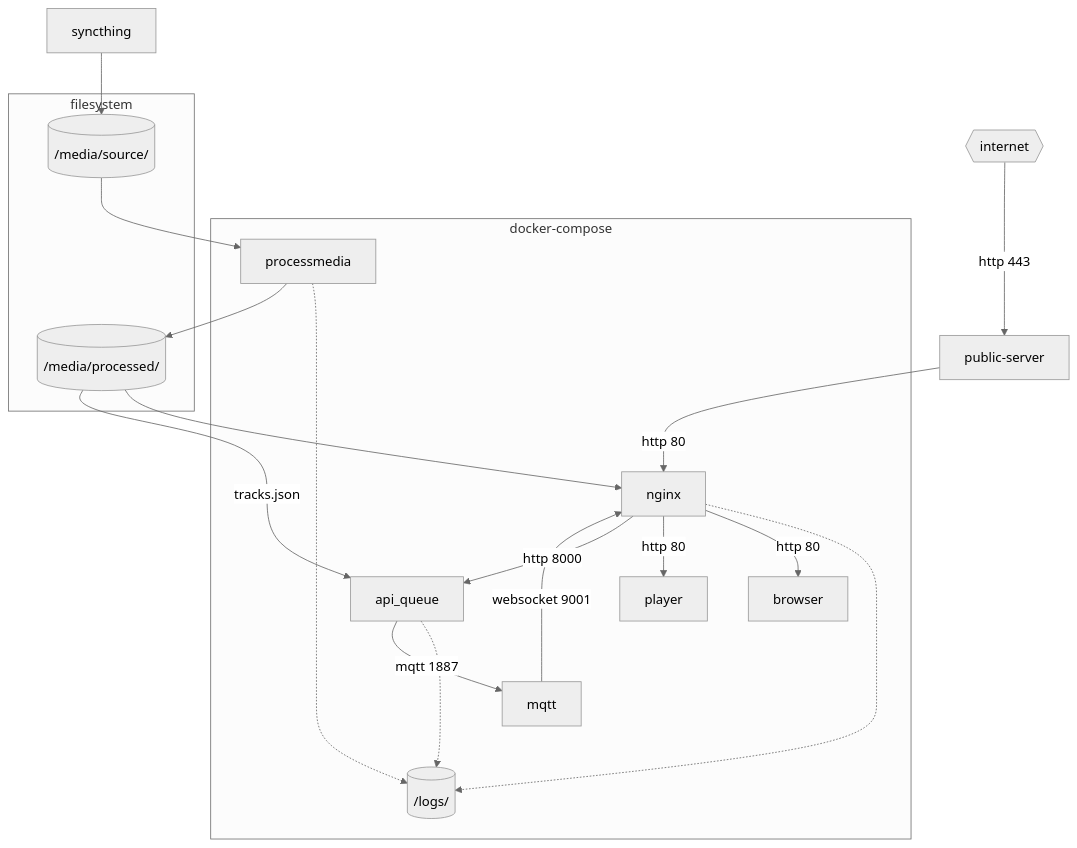
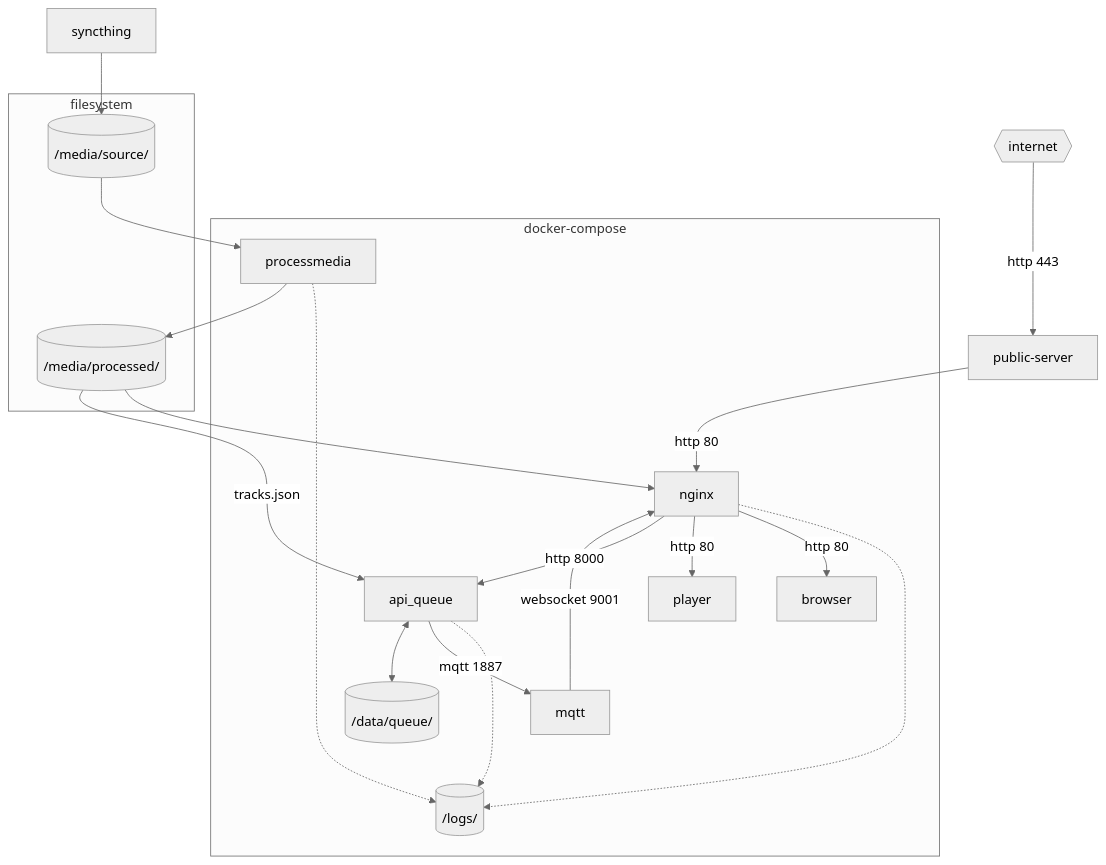
One commit to calaldees/KaraKara changed the diagram in README.md. Above: the diagram before and after it, drawn with Mermaid (neutral theme).

Commit message:
README mermaid diagram add qpi_queue datastore

````diff
--- a/README.md
+++ b/README.md
@@ -86,36 +86,39 @@
 ```mermaid
 graph TD
     internet{{internet}}
     internet -- http 443 ---> public-server --http 80--> nginx
 
     subgraph docker-compose [docker-compose]
         nginx
         mqtt
         processmedia
         browser
         player
         api_queue
 
         logs[(/logs/)]
         nginx ..-> logs
         processmedia ..-> logs
         api_queue ..-> logs
 
+        /data/queue/[(/data/queue/)]
+
         nginx -- http 80 --> browser
         nginx -- http 80 --> player
         nginx -- http 8000 --> api_queue
         api_queue --mqtt 1887--> mqtt
+        api_queue <--> /data/queue/
         mqtt -- websocket 9001 --> nginx
     end
 
     syncthing --> /media/source/
 
     subgraph filesystem
         /media/source/[(/media/source/)]
         /media/processed/[(/media/processed/)]
     end
 
     /media/processed/ --> nginx
     /media/processed/ -- tracks.json --> api_queue
     /media/source/ --> processmedia --> /media/processed/
 ```
````
